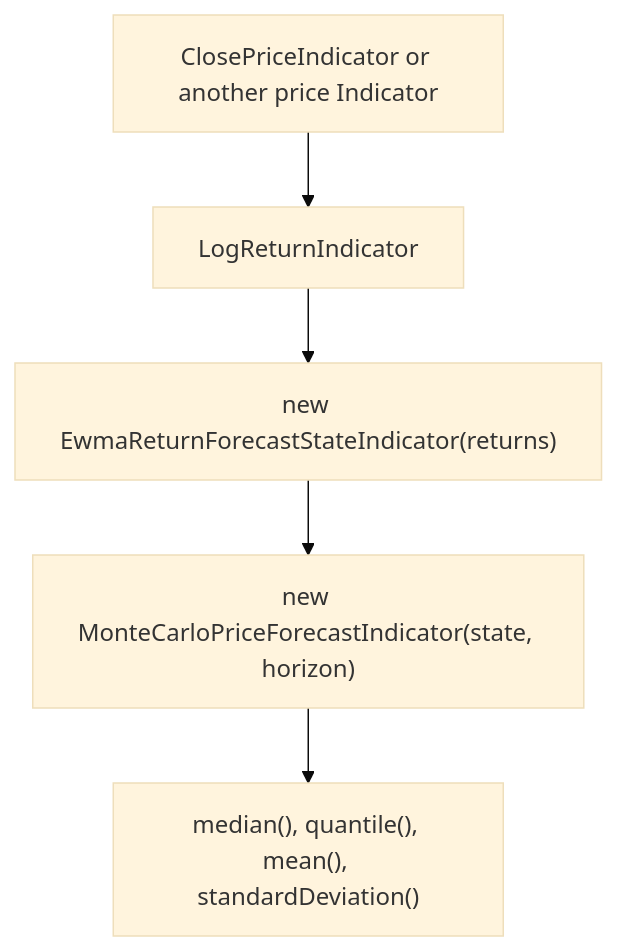
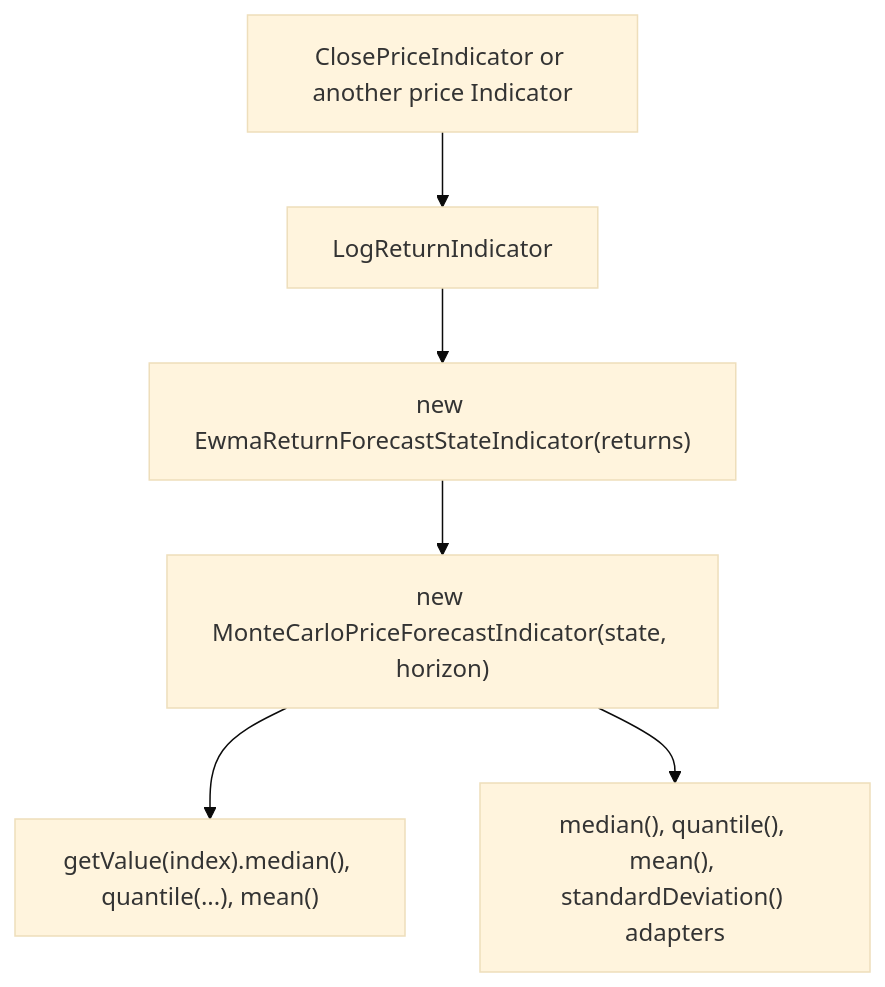
One commit to ta4j/ta4j-wiki changed the diagram in Forecast-Indicators.md. Above: the diagram before and after it, drawn with Mermaid (base theme). The commit also changed other lines of this file, not shown here.

````diff
--- a/Forecast-Indicators.md
+++ b/Forecast-Indicators.md
@@ -105,7 +106,8 @@
 ```mermaid
 graph TD
     CP["ClosePriceIndicator or another price Indicator<Num>"] --> LR["LogReturnIndicator"]
     LR --> STATE["new EwmaReturnForecastStateIndicator(returns)"]
     STATE --> PRICE["new MonteCarloPriceForecastIndicator(state, horizon)"]
-    PRICE --> PROJECT["median(), quantile(), mean(), standardDeviation()"]
+    PRICE --> DIRECT["getValue(index).median(), quantile(...), mean()"]
+    PRICE --> PROJECT["median(), quantile(), mean(), standardDeviation() adapters"]
 ```
````
